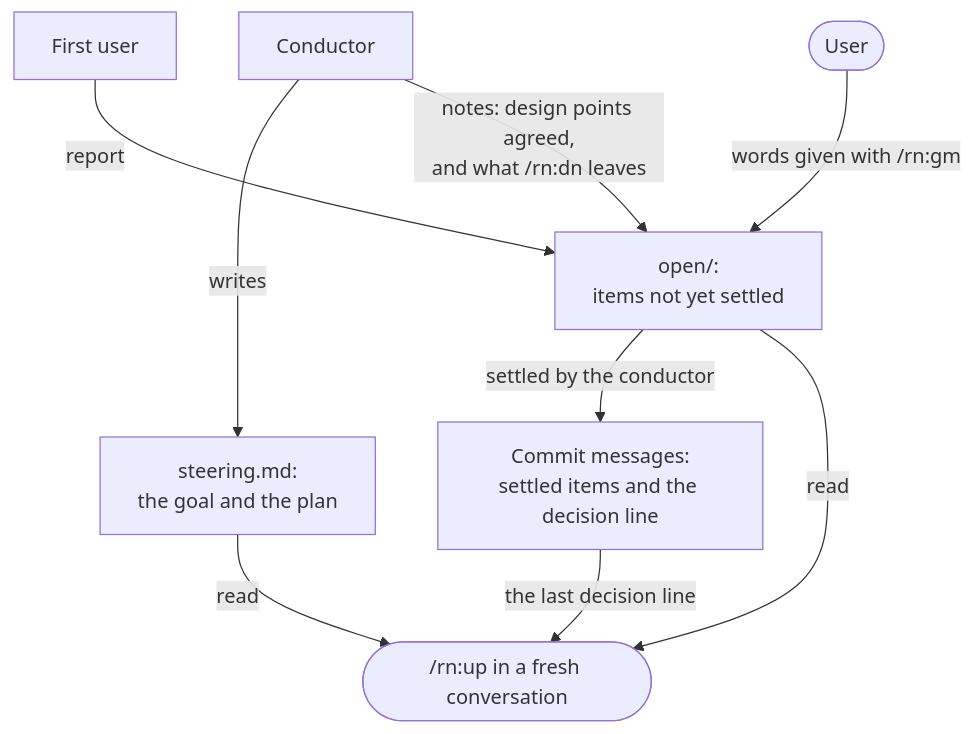
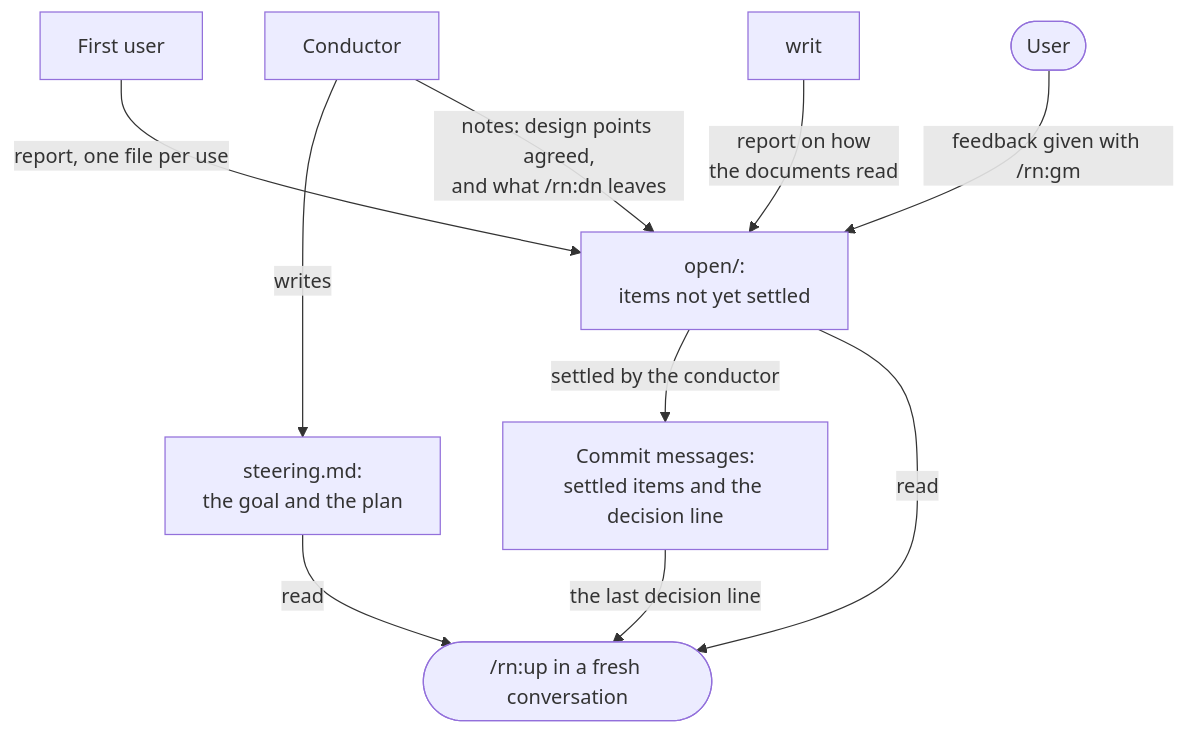
One commit to lovaizu/ccpm changed the fourth of 4 diagrams in rn/docs/design.md. Above: the diagram before and after it, drawn with Mermaid. The commit also changed other lines of this file and 1 other file, not shown here.

````diff
--- a/rn/docs/design.md
+++ b/rn/docs/design.md
@@ -448,18 +480,20 @@
 ```mermaid
 flowchart TD
     U(["User"])
     C["Conductor"]
     F["First user"]
+    W["writ"]
     S["steering.md:<br/>the goal and the plan"]
     O["open/:<br/>items not yet settled"]
     M["Commit messages:<br/>settled items and the decision line"]
     UP(["/rn:up in a fresh conversation"])
     C -->|"writes"| S
-    F -->|"report"| O
-    U -->|"words given with /rn:gm"| O
+    F -->|"report, one file per use"| O
+    W -->|"report on how<br/>the documents read"| O
+    U -->|"feedback given with /rn:gm"| O
     C -->|"notes: design points agreed,<br/>and what /rn:dn leaves"| O
     O -->|"settled by the conductor"| M
     S -->|"read"| UP
     O -->|"read"| UP
     M -->|"the last decision line"| UP
 ```
````
